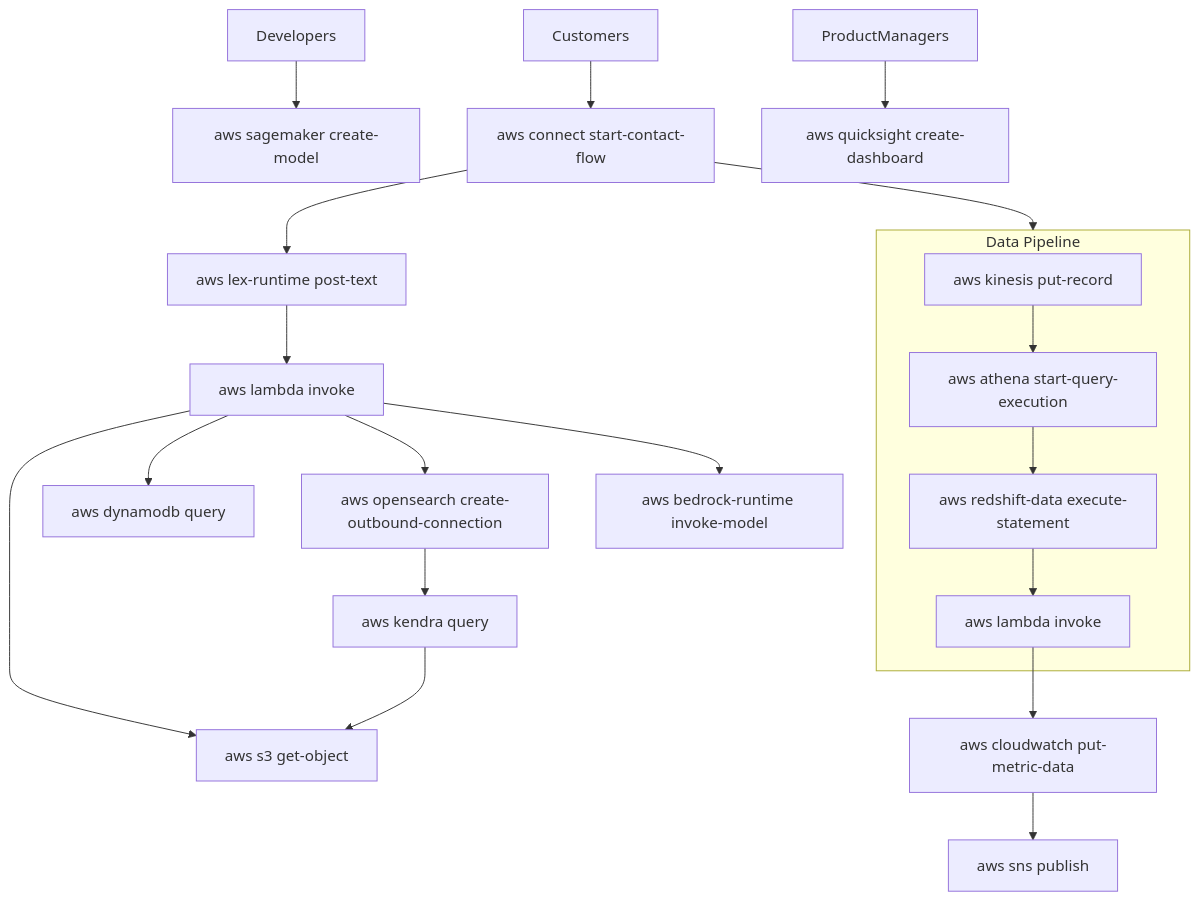
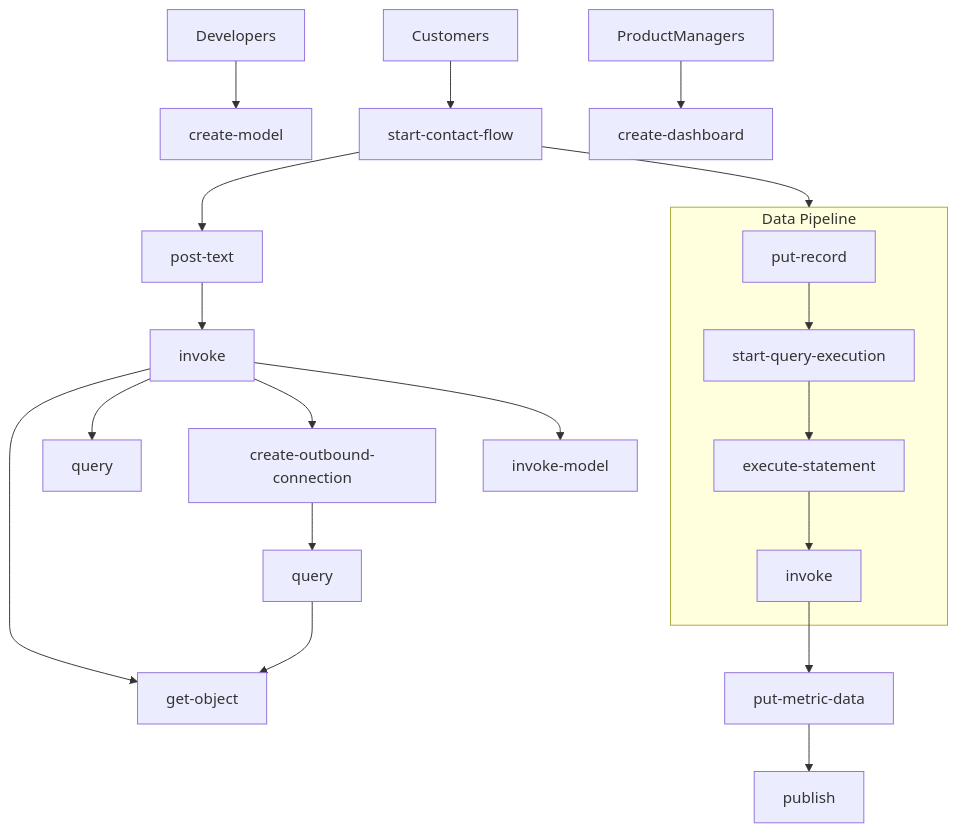
The diagram in diagrams/contact_center_rag.mmd (jwalsh/aws-architecture-decomposition-lab), drawn with Mermaid before and after one commit. The commit also changed 6 other files, not shown here.

```diff
--- a/diagrams/contact_center_rag.mmd
+++ b/diagrams/contact_center_rag.mmd
@@ -1,25 +1,25 @@
 graph TD
-    Developers --> SageMaker[aws sagemaker create-model]
-    Customers --> Connect[aws connect start-contact-flow]
-    Connect --> Lex[aws lex-runtime post-text]
-    Lex --> Lambda[aws lambda invoke]
-    Lambda --> DynamoDB[aws dynamodb query]
-    Lambda --> OpenSearch[aws opensearch create-outbound-connection]
-    Lambda --> S3[aws s3 get-object]
-    Lambda --> Bedrock[aws bedrock-runtime invoke-model]
+    Developers --> sagemaker:create[create-model]
+    Customers --> connect:start[start-contact-flow]
+    connect:start --> lex:post[post-text]
+    lex:post --> lambda:invoke[invoke]
+    lambda:invoke --> dynamodb:query[query]
+    lambda:invoke --> opensearch:connect[create-outbound-connection]
+    lambda:invoke --> s3:get[get-object]
+    lambda:invoke --> bedrock:invoke[invoke-model]
     
-    OpenSearch --> KnowledgeBase[aws kendra query]
-    KnowledgeBase --> S3
+    opensearch:connect --> kendra:query[query]
+    kendra:query --> s3:get
     
-    ProductManagers --> QuickSight[aws quicksight create-dashboard]
+    ProductManagers --> quicksight:create[create-dashboard]
     
     subgraph DataPipeline[Data Pipeline]
-        Kinesis[aws kinesis put-record] --> Athena[aws athena start-query-execution]
-        Athena --> Redshift[aws redshift-data execute-statement]
-        Redshift --> Lambda2[aws lambda invoke]
+        kinesis:put[put-record] --> athena:start[start-query-execution]
+        athena:start --> redshift:execute[execute-statement]
+        redshift:execute --> lambda:invoke2[invoke]
     end
     
-    Lambda2 --> CloudWatch[aws cloudwatch put-metric-data]
-    CloudWatch --> SNS[aws sns publish]
+    lambda:invoke2 --> cloudwatch:put[put-metric-data]
+    cloudwatch:put --> sns:publish[publish]
     
-    Connect --> DataPipeline
+    connect:start --> DataPipeline
```
